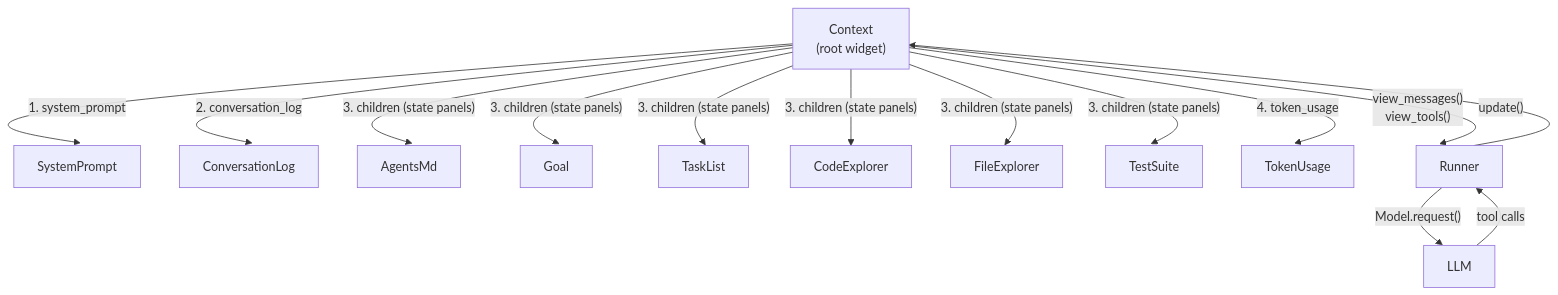
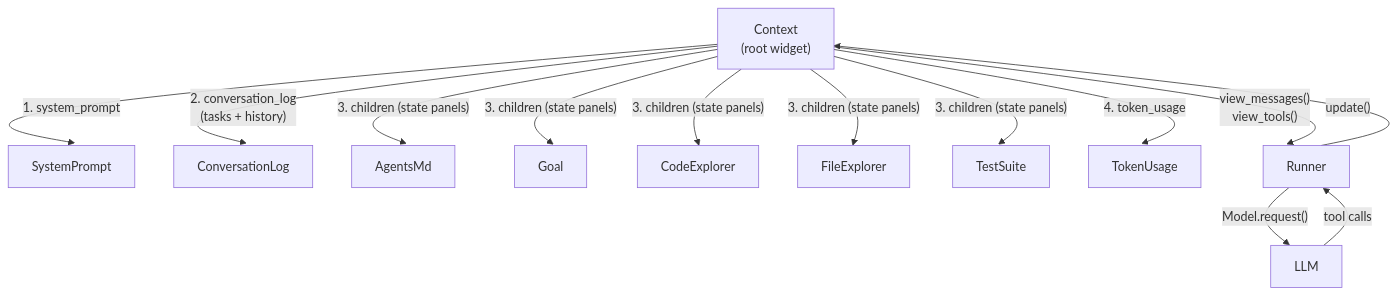
Before and after one commit to nilp0inter/calipso: the second of 2 diagrams in docs/src/overview/README.md, drawn with Mermaid. The commit also changed other lines of this file and 18 other files, not shown here.

````diff
--- a/docs/src/overview/README.md
+++ b/docs/src/overview/README.md
@@ -18,18 +18,17 @@
 ```mermaid
 %%{init: {'flowchart': {'curve': 'natural'}}}%%
 flowchart TB
     Context["Context\n(root widget)"]
     Context -- "1. system_prompt" --> SP["SystemPrompt"]
-    Context -- "2. conversation_log" --> CL["ConversationLog"]
+    Context -- "2. conversation_log\n(tasks + history)" --> CL["ConversationLog"]
     Context -- "3. children (state panels)" --> AgentsMd["AgentsMd"]
     Context -- "3. children (state panels)" --> Goal["Goal"]
-    Context -- "3. children (state panels)" --> TL["TaskList"]
     Context -- "3. children (state panels)" --> CE["CodeExplorer"]
     Context -- "3. children (state panels)" --> FE["FileExplorer"]
     Context -- "3. children (state panels)" --> TS["TestSuite"]
     Context -- "4. token_usage" --> TU["TokenUsage"]
     Context -- "view_messages()\nview_tools()" --> Runner["Runner"]
     Runner -- "Model.request()" --> LLM["LLM"]
     LLM -- "tool calls" --> Runner
     Runner -- "update()" --> Context
 ```
````
